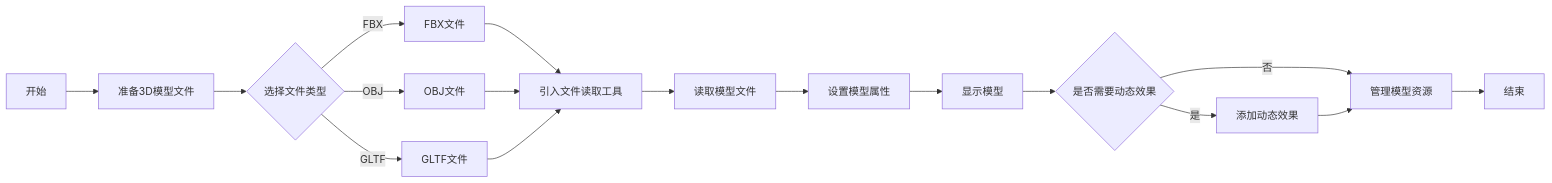
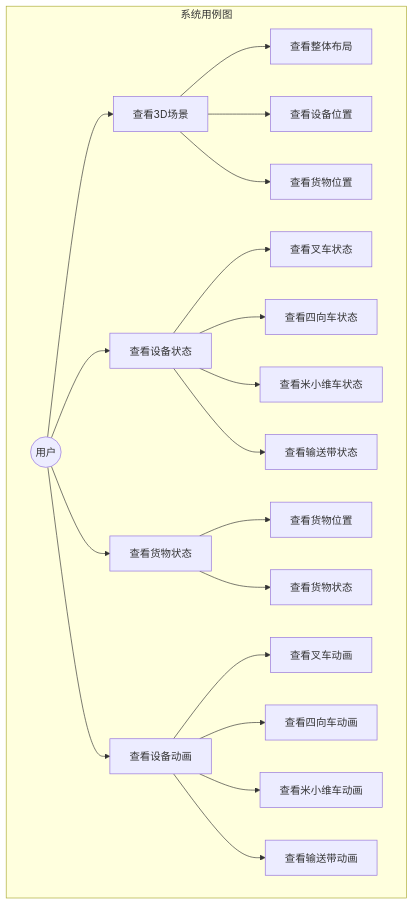
The diagram in all/未命名.md (Mrmilu212/iodraw-files), drawn with Mermaid before and after one commit.

Commit message:
2025-05-18 20:28:07 update

````diff
--- a/all/未命名.md
+++ b/all/未命名.md
@@ -1,22 +1,27 @@
 ```mermaid
-graph LR
-    A[开始] --> B[准备3D模型文件]
-    B --> C{选择文件类型}
-    C -->|FBX| D1[FBX文件]
-    C -->|OBJ| D2[OBJ文件]
-    C -->|GLTF| D3[GLTF文件]
+graph TB
+    subgraph 系统用例图
+    direction LR
+    A((用户)) --> B[查看3D场景]
+    A --> C[查看设备状态]
+    A --> D[查看货物状态]
+    A --> E[查看设备动画]
     
-    D1 --> E[引入文件读取工具]
-    D2 --> E
-    D3 --> E
+    B --> B1[查看整体布局]
+    B --> B2[查看设备位置]
+    B --> B3[查看货物位置]
     
-    E --> F[读取模型文件]
-    F --> G[设置模型属性]
-    G --> H[显示模型]
-    H --> I{是否需要动态效果}
-    I -->|是| J[添加动态效果]
-    I -->|否| K[管理模型资源]
+    C --> C1[查看叉车状态]
+    C --> C2[查看四向车状态]
+    C --> C3[查看米小维车状态]
+    C --> C4[查看输送带状态]
     
-    J --> K
-    K --> L[结束]
+    D --> D1[查看货物位置]
+    D --> D2[查看货物状态]
+    
+    E --> E1[查看叉车动画]
+    E --> E2[查看四向车动画]
+    E --> E3[查看米小维车动画]
+    E --> E4[查看输送带动画]
+    end
 ```
````
